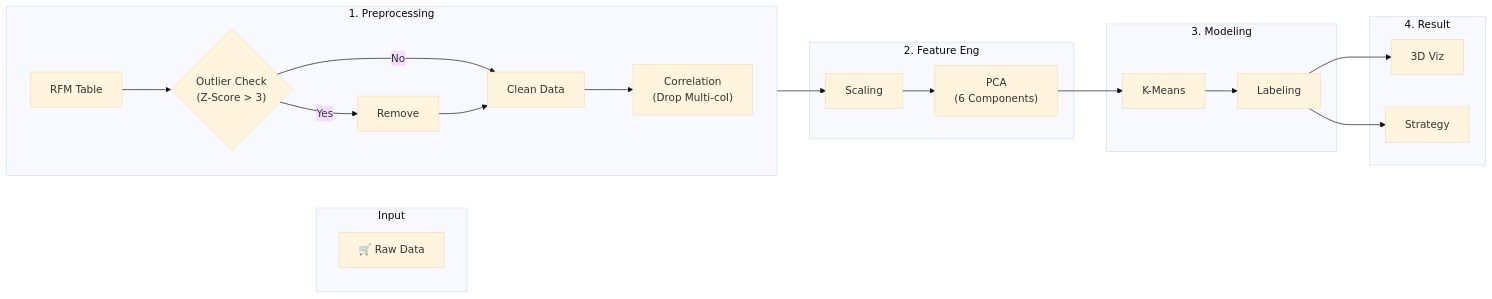
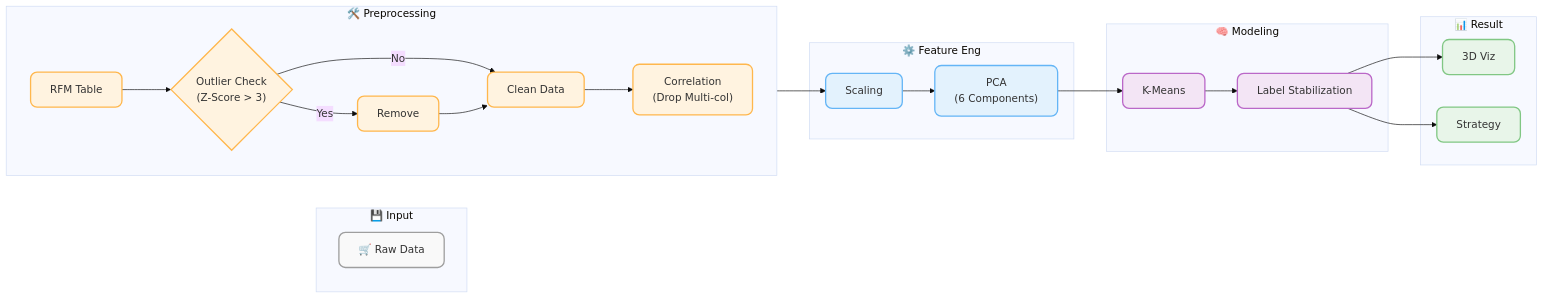
Before and after one commit to Chankyu99/Customer_Segmentation_RFM: the diagram in README.md, drawn with Mermaid (base theme).

````diff
--- a/README.md
+++ b/README.md
@@ -2,30 +2,37 @@
 ```mermaid
 graph LR
-    subgraph Input
-    A[🛒 Raw Data]
+    %% 스타일 정의 (파스텔 톤 + 둥근 모서리)
+    classDef input fill:#f9f9f9,stroke:#9e9e9e,stroke-width:2px,rx:10,ry:10;
+    classDef prep fill:#fff3e0,stroke:#ffb74d,stroke-width:2px,rx:10,ry:10;
+    classDef feature fill:#e3f2fd,stroke:#64b5f6,stroke-width:2px,rx:10,ry:10;
+    classDef model fill:#f3e5f5,stroke:#ba68c8,stroke-width:2px,rx:10,ry:10;
+    classDef result fill:#e8f5e9,stroke:#81c784,stroke-width:2px,rx:10,ry:10;
+
+    subgraph Input ["💾 Input"]
+    A[🛒 Raw Data]:::input
     end
 
-    subgraph Preprocessing ["1. Preprocessing"]
+    subgraph Preprocessing ["🛠️ Preprocessing"]
     direction LR
-    B[RFM Table] --> C{"Outlier Check<br>(Z-Score > 3)"}
-    C -- Yes --> D[Remove]
-    C -- No --> E[Clean Data]
+    B[RFM Table]:::prep --> C{"Outlier Check<br>(Z-Score > 3)"}:::prep
+    C -- Yes --> D[Remove]:::prep
+    C -- No --> E[Clean Data]:::prep
     D --> E
-    E --> F["Correlation<br>(Drop Multi-col)"]
+    E --> F["Correlation<br>(Drop Multi-col)"]:::prep
     end
 
-    subgraph Feature ["2. Feature Eng"]
-    F --> G[Scaling]
-    G --> H["PCA<br>(6 Components)"]
+    subgraph Feature ["⚙️ Feature Eng"]
+    F --> G[Scaling]:::feature
+    G --> H["PCA<br>(6 Components)"]:::feature
     end
 
-    subgraph Modeling ["3. Modeling"]
-    H --> I[K-Means]
-    I --> J[Labeling]
+    subgraph Modeling ["🧠 Modeling"]
+    H --> I[K-Means]:::model
+    I --> J[Label Stabilization]:::model
     end
 
-    subgraph Output ["4. Result"]
-    J --> K[3D Viz]
-    J --> L[Strategy]
+    subgraph Output ["📊 Result"]
+    J --> K[3D Viz]:::result
+    J --> L[Strategy]:::result
     end
 ```
````
